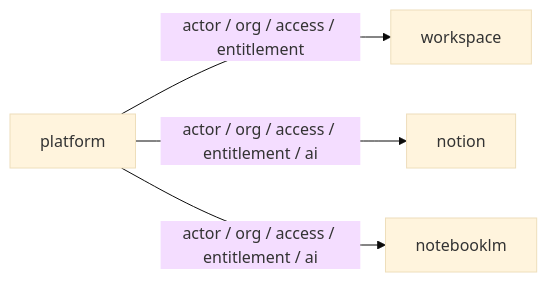
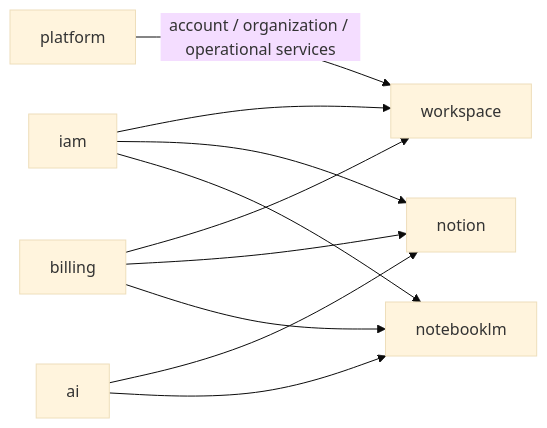
One commit to 122sp7/xuanwu-app changed the second of 2 diagrams in docs/contexts/platform/context-map.md. Above: the diagram before and after it, drawn with Mermaid (base theme). The commit also changed other lines of this file and 25 other files, not shown here.

````diff
--- a/docs/contexts/platform/context-map.md
+++ b/docs/contexts/platform/context-map.md
@@ -54,6 +57,12 @@
 ```mermaid
 flowchart LR
-	Platform["platform"] -->|actor / org / access / entitlement| Workspace["workspace"]
-	Platform -->|actor / org / access / entitlement / ai| Notion["notion"]
-	Platform -->|actor / org / access / entitlement / ai| NotebookLM["notebooklm"]
+	IAM["iam"] --> Workspace["workspace"]
+	IAM --> Notion["notion"]
+	IAM --> NotebookLM["notebooklm"]
+	Billing["billing"] --> Workspace
+	Billing --> Notion
+	Billing --> NotebookLM
+	AI["ai"] --> Notion
+	AI --> NotebookLM
+	Platform["platform"] -->|account / organization / operational services| Workspace
 ```
````
